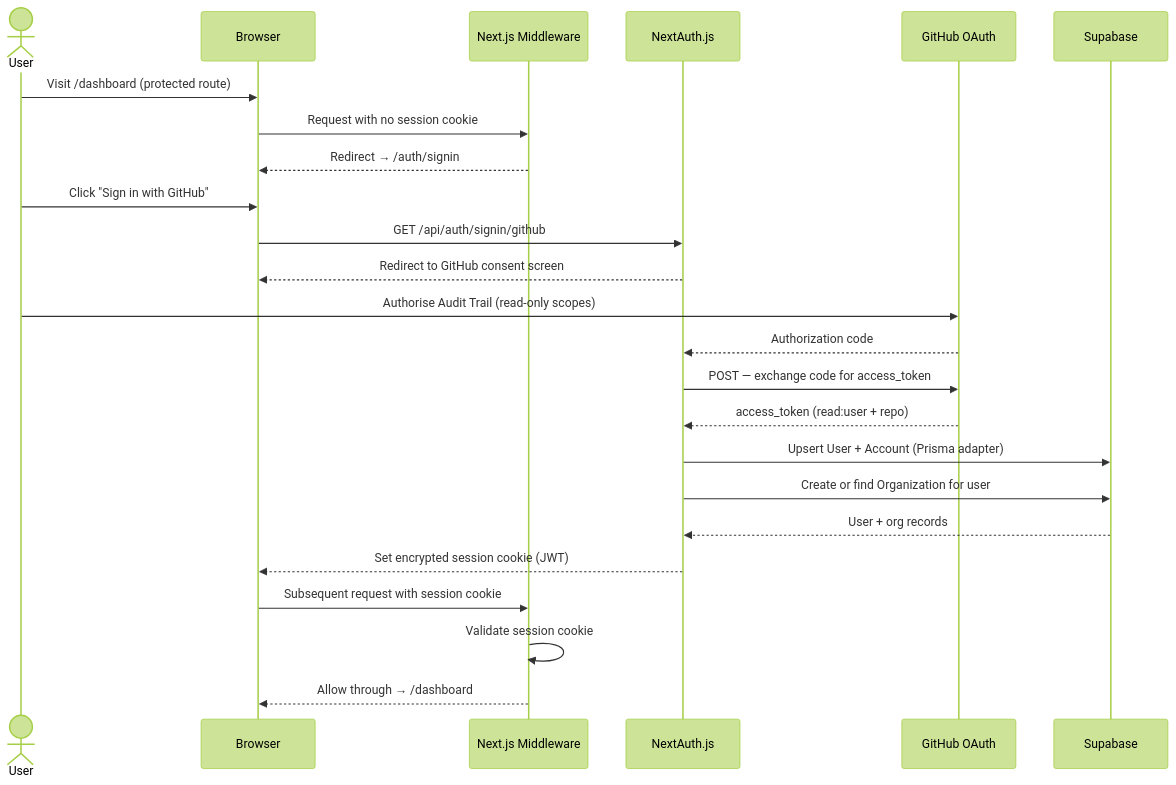
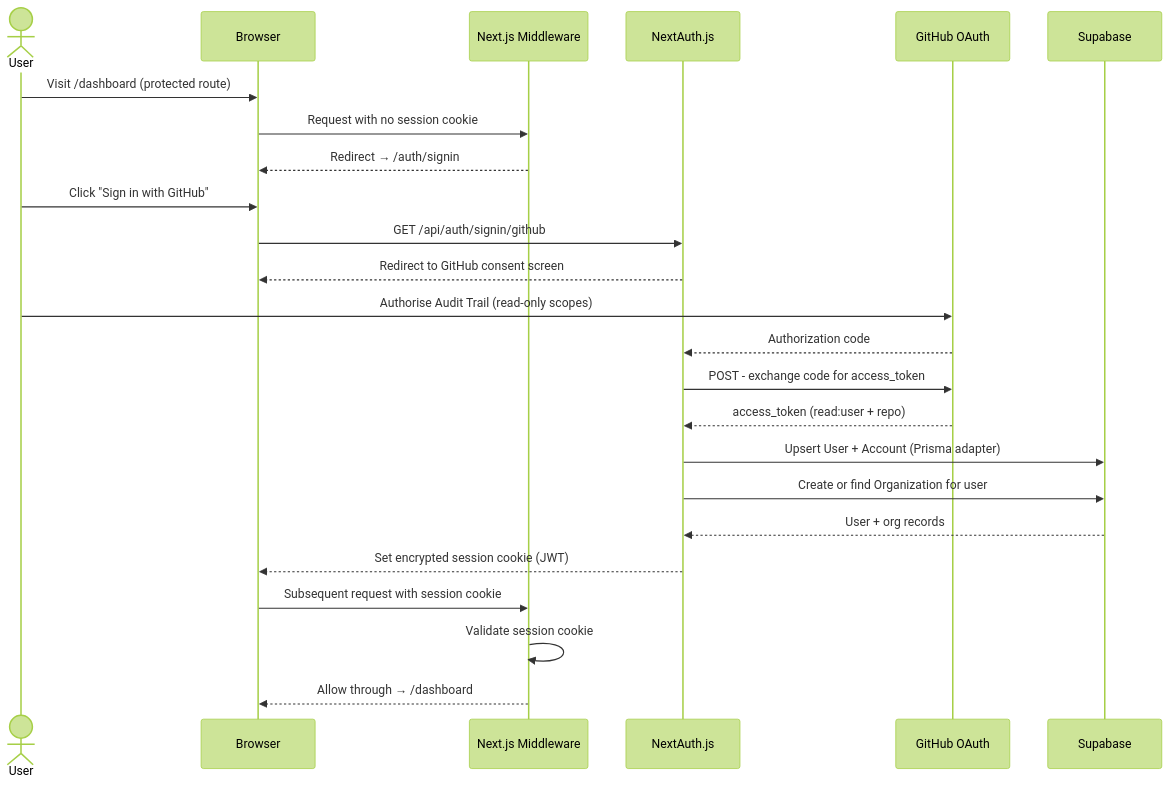
The sixth of 13 diagrams in README.md (JohnJohnW/audittrail-dev), drawn with Mermaid (forest theme) before and after one commit. The commit also changed other lines of this file and 6 other files, not shown here.

````diff
--- a/README.md
+++ b/README.md
@@ -239,30 +239,30 @@
 ```mermaid
 sequenceDiagram
     actor User
     participant Browser
     participant Middleware as Next.js Middleware
     participant NextAuth as NextAuth.js
     participant GitHub as GitHub OAuth
     participant DB as Supabase
 
     User->>Browser: Visit /dashboard (protected route)
     Browser->>Middleware: Request with no session cookie
     Middleware-->>Browser: Redirect → /auth/signin
 
     User->>Browser: Click "Sign in with GitHub"
     Browser->>NextAuth: GET /api/auth/signin/github
     NextAuth-->>Browser: Redirect to GitHub consent screen
     User->>GitHub: Authorise Audit Trail (read-only scopes)
     GitHub-->>NextAuth: Authorization code
-    NextAuth->>GitHub: POST — exchange code for access_token
+    NextAuth->>GitHub: POST - exchange code for access_token
     GitHub-->>NextAuth: access_token (read:user + repo)
 
     NextAuth->>DB: Upsert User + Account (Prisma adapter)
     NextAuth->>DB: Create or find Organization for user
     DB-->>NextAuth: User + org records
     NextAuth-->>Browser: Set encrypted session cookie (JWT)
 
     Browser->>Middleware: Subsequent request with session cookie
     Middleware->>Middleware: Validate session cookie
     Middleware-->>Browser: Allow through → /dashboard
 ```
````
